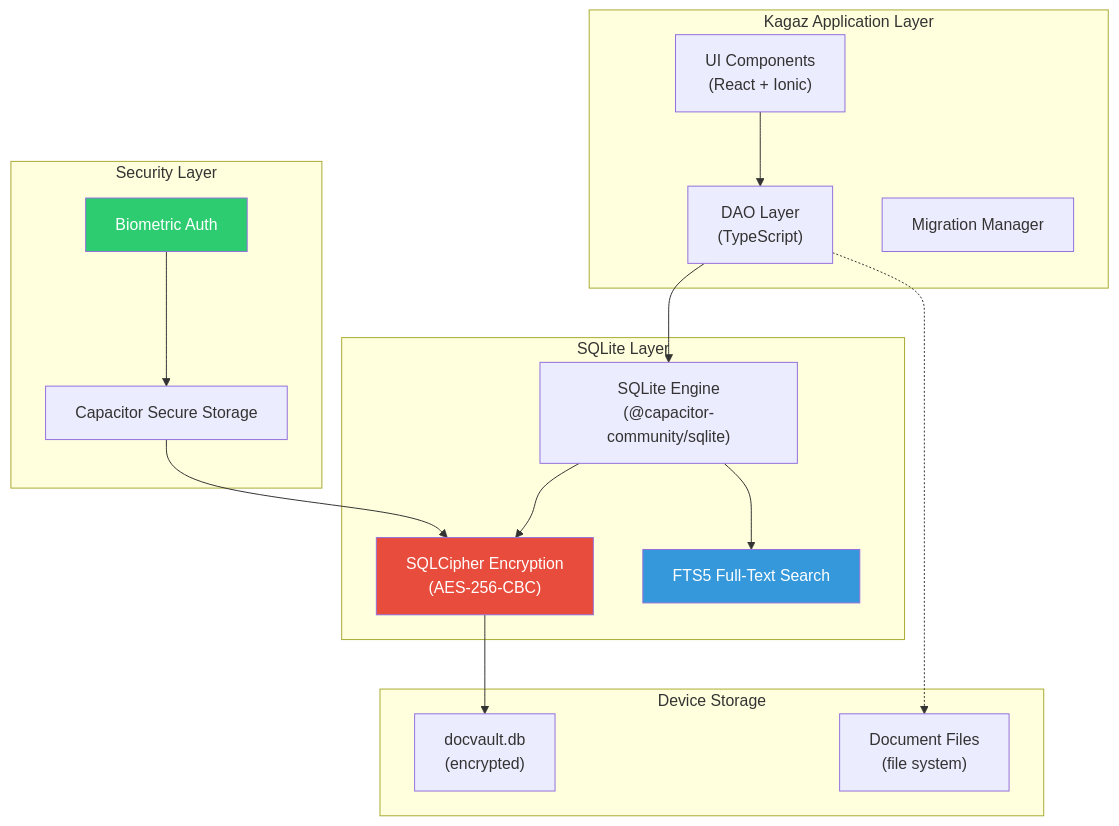
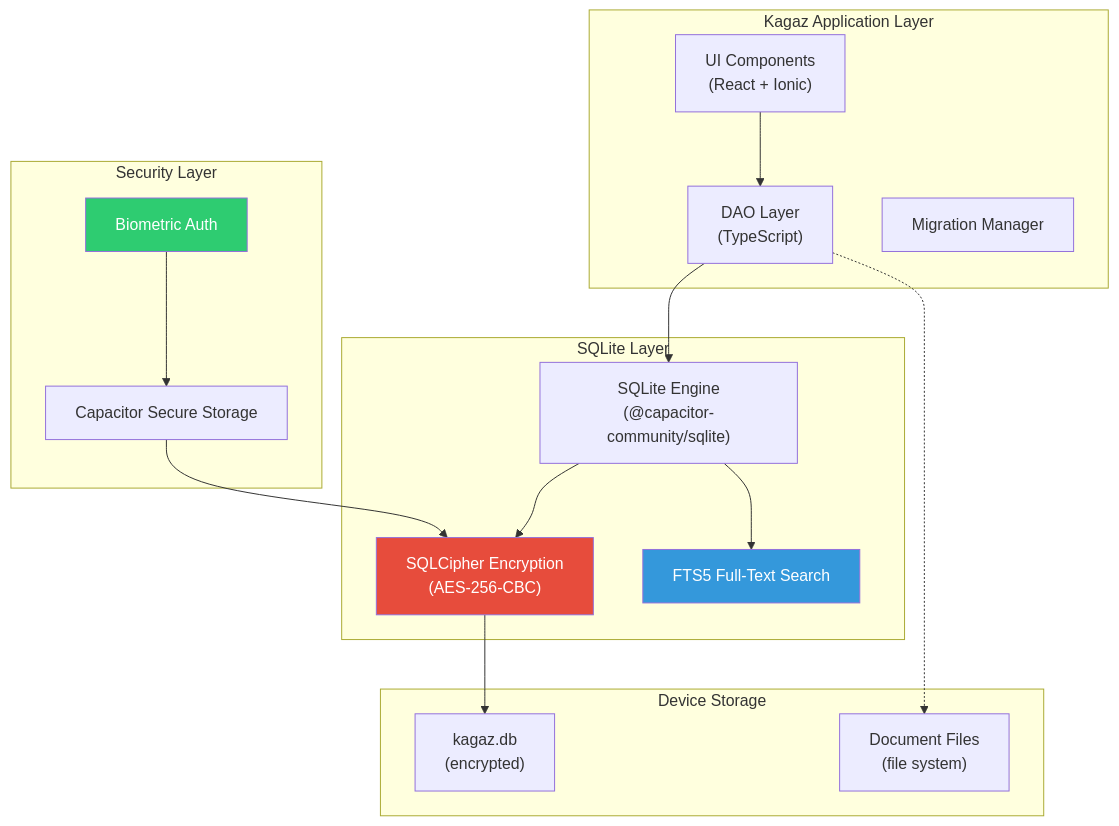
The first of 3 diagrams in docs/architecture/09-database-design.md (omanandswami2005/project-kagazzz), drawn with Mermaid before and after one commit. The commit also changed other lines of this file and 11 other files, not shown here.

First line of the commit message:
docs: add app-portfolio doc, rename docvault identifiers, mark roadmap dates aspirational

````diff
--- a/docs/architecture/09-database-design.md
+++ b/docs/architecture/09-database-design.md
@@ -58,37 +58,37 @@
 ```mermaid
 graph TB
     subgraph App["Kagaz Application Layer"]
         UI["UI Components<br/>(React + Ionic)"]
         DAOs["DAO Layer<br/>(TypeScript)"]
         MigMgr["Migration Manager"]
     end
 
     subgraph DB["SQLite Layer"]
         SQLite["SQLite Engine<br/>(@capacitor-community/sqlite)"]
         Cipher["SQLCipher Encryption<br/>(AES-256-CBC)"]
         FTS["FTS5 Full-Text Search"]
     end
 
     subgraph Security["Security Layer"]
         SecStore["Capacitor Secure Storage"]
         Biometric["Biometric Auth"]
     end
 
     subgraph Storage["Device Storage"]
-        DBFile["docvault.db<br/>(encrypted)"]
+        DBFile["kagaz.db<br/>(encrypted)"]
         Files["Document Files<br/>(file system)"]
     end
 
     UI --> DAOs
     DAOs --> SQLite
     SQLite --> Cipher
     SQLite --> FTS
     Cipher --> DBFile
     SecStore --> Cipher
     Biometric --> SecStore
     DAOs -.-> Files
 
     style Cipher fill:#e74c3c,color:#fff
     style Biometric fill:#2ecc71,color:#fff
     style FTS fill:#3498db,color:#fff
 ```
````
